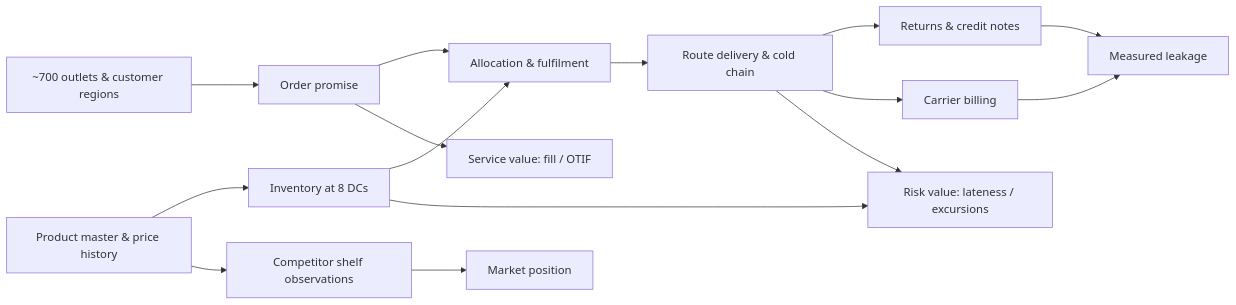
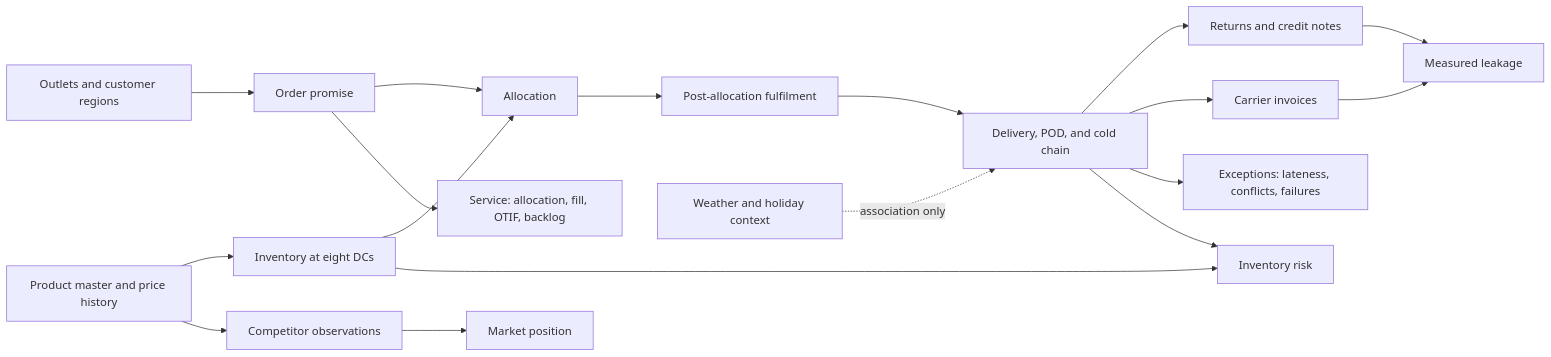
The first of 2 diagrams in docs/ARCHITECTURE.md (starky498/kestrel-control-tower), drawn with Mermaid before and after one commit. The commit also changed other lines of this file and 20 other files, not shown here.

````diff
--- a/docs/ARCHITECTURE.md
+++ b/docs/ARCHITECTURE.md
@@ -5,18 +17,21 @@
 ```mermaid
 flowchart LR
-    PM["Product master & price history"] --> INV["Inventory at 8 DCs"]
-    OUT["~700 outlets & customer regions"] --> ORD["Order promise"]
-    INV --> ALLOC["Allocation & fulfilment"]
+    PM["Product master and price history"] --> INV["Inventory at eight DCs"]
+    CUST["Outlets and customer regions"] --> ORD["Order promise"]
+    INV --> ALLOC["Allocation"]
     ORD --> ALLOC
-    ALLOC --> DEL["Route delivery & cold chain"]
-    DEL --> RET["Returns & credit notes"]
-    DEL --> FRE["Carrier billing"]
-    PM --> MKT["Competitor shelf observations"]
+    ALLOC --> FUL["Post-allocation fulfilment"]
+    FUL --> DEL["Delivery, POD, and cold chain"]
+    DEL --> RET["Returns and credit notes"]
+    DEL --> FRE["Carrier invoices"]
+    PM --> MKT["Competitor observations"]
+    WX["Weather and holiday context"] -. "association only" .-> DEL
 
-    ORD --> SVC["Service value: fill / OTIF"]
-    DEL --> RISK["Risk value: lateness / excursions"]
-    INV --> RISK
+    ORD --> SVC["Service: allocation, fill, OTIF, backlog"]
+    DEL --> EXC["Exceptions: lateness, conflicts, failures"]
+    INV --> RISK["Inventory risk"]
+    DEL --> RISK
     RET --> LEAK["Measured leakage"]
     FRE --> LEAK
     MKT --> POS["Market position"]
 ```
````
